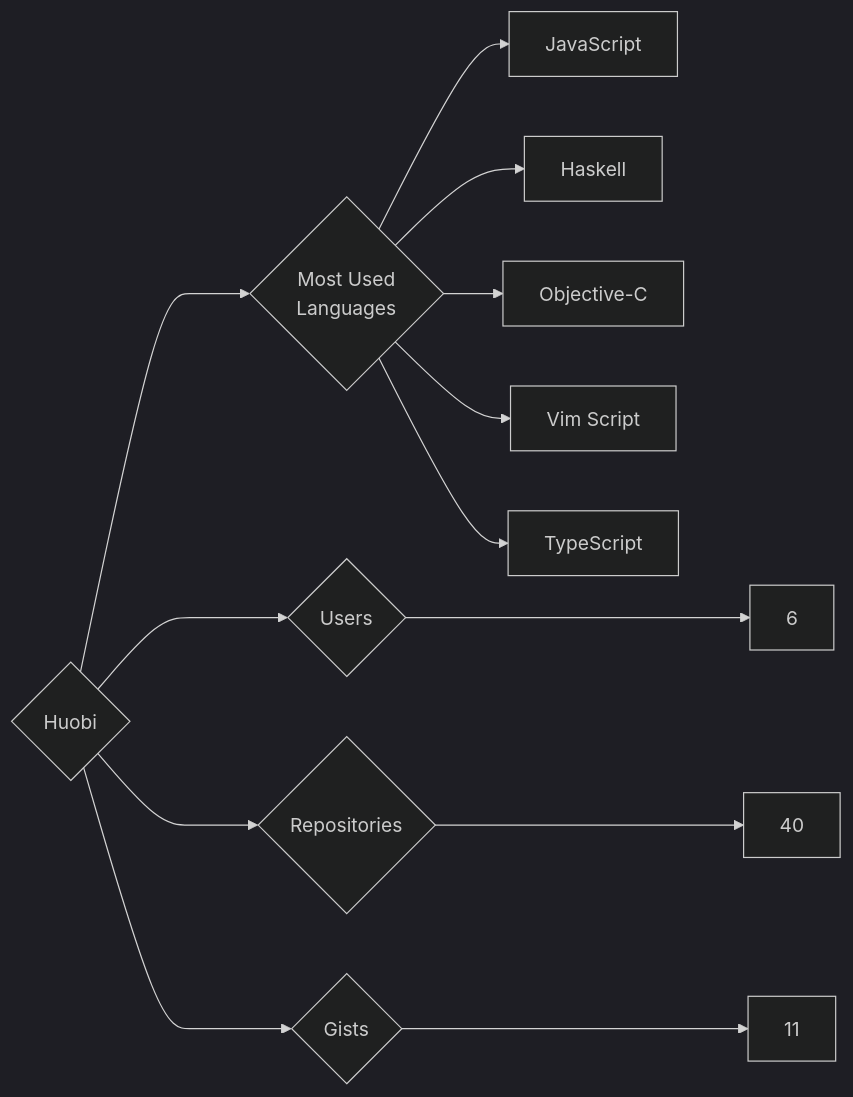
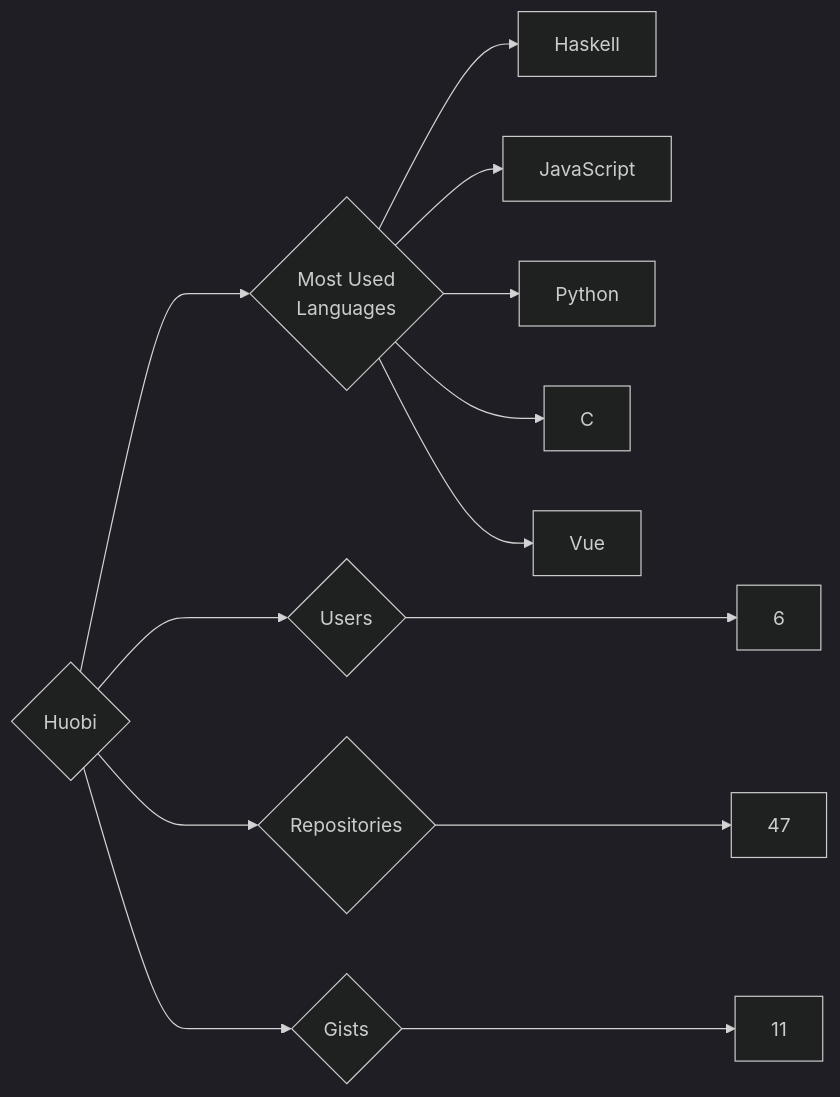
One commit to trickest/insiders changed the diagram in targets/Huobi/README.md. Above: the diagram before and after it, drawn with Mermaid (dark theme). The commit also changed 1148 other files, not shown here.

````diff
--- a/targets/Huobi/README.md
+++ b/targets/Huobi/README.md
@@ -3,13 +3,13 @@
 ```mermaid
 graph LR
 COMPANY_NAME{Huobi}
 COMPANY_NAME ---> U{Users} ---> UN[6]
-COMPANY_NAME ---> R{Repositories} ---> RN[40]
+COMPANY_NAME ---> R{Repositories} ---> RN[47]
 COMPANY_NAME ---> G{Gists} ---> GN[11]
 COMPANY_NAME ---> ML{Most Used<br>Languages}
+ML --> Haskell[Haskell]
 ML --> JavaScript[JavaScript]
-ML --> Haskell[Haskell]
-ML --> Objective-C[Objective-C]
-ML --> Vim_Script[Vim Script]
-ML --> TypeScript[TypeScript]
+ML --> Python[Python]
+ML --> C[C]
+ML --> Vue[Vue]
 ```
````
